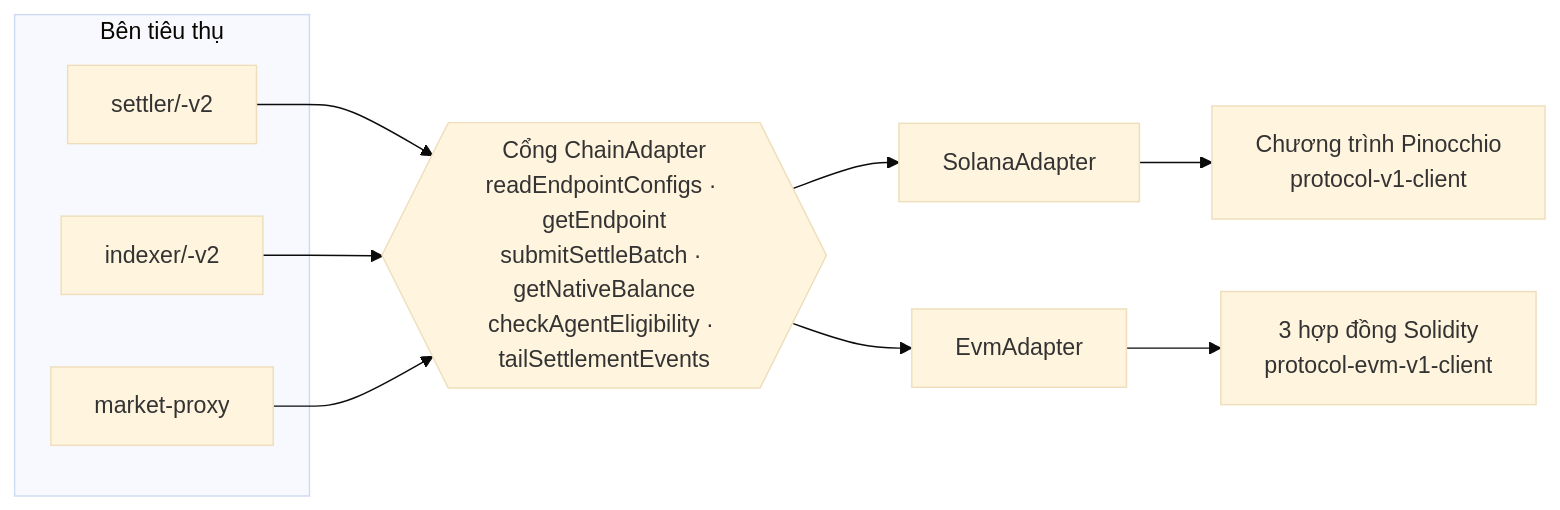
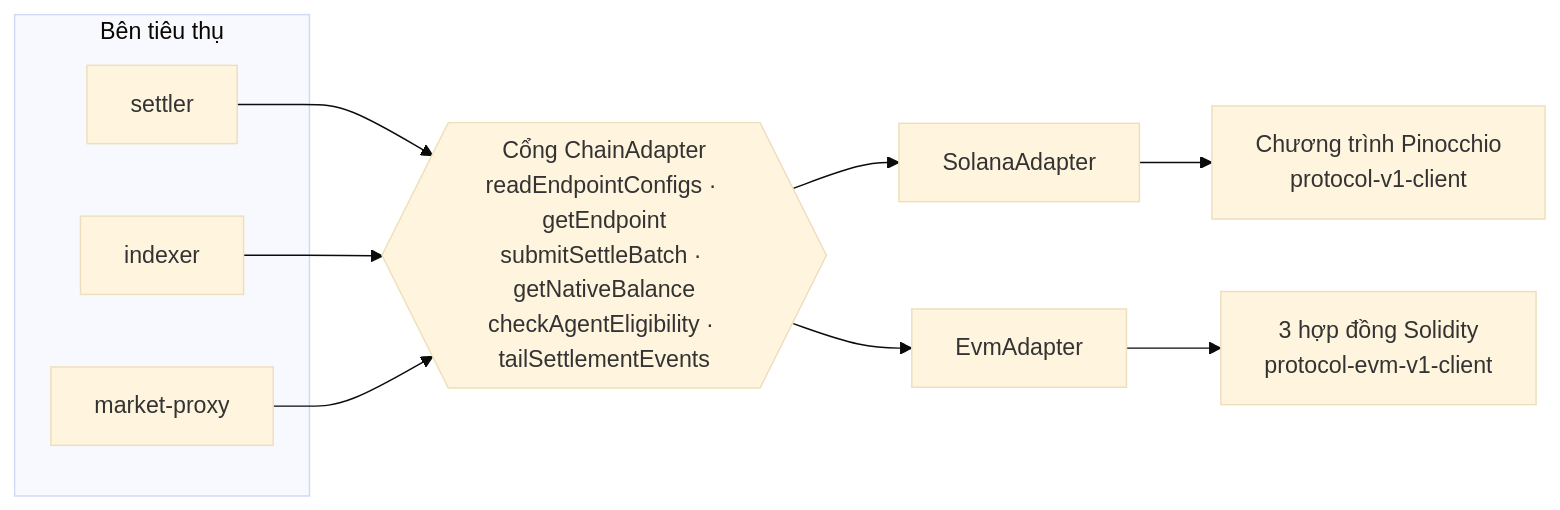
Before and after one commit to pactnetwork/pact-monitor: the second of 7 diagrams in docs/architecture/ARCHITECTURE.vi.md, drawn with Mermaid (base theme). The commit also changed other lines of this file and 6 other files, not shown here.

First line of the commit message:
docs(architecture): sync package breakdown + V2-removal, add per-package breakdown

````diff
--- a/docs/architecture/ARCHITECTURE.vi.md
+++ b/docs/architecture/ARCHITECTURE.vi.md
@@ -59,14 +59,14 @@
 ```mermaid
 graph LR
     subgraph Consumers["Bên tiêu thụ"]
-        SET[settler/-v2]
-        IDX[indexer/-v2]
+        SET[settler]
+        IDX[indexer]
         MP[market-proxy]
     end
     PORT{{Cổng ChainAdapter<br/>readEndpointConfigs · getEndpoint<br/>submitSettleBatch · getNativeBalance<br/>checkAgentEligibility · tailSettlementEvents}}
     SET --> PORT
     IDX --> PORT
     MP --> PORT
     PORT --> SOL[SolanaAdapter] --> SOLP[Chương trình Pinocchio<br/>protocol-v1-client]
     PORT --> EVMA[EvmAdapter] --> EVMP[3 hợp đồng Solidity<br/>protocol-evm-v1-client]
 ```
````
